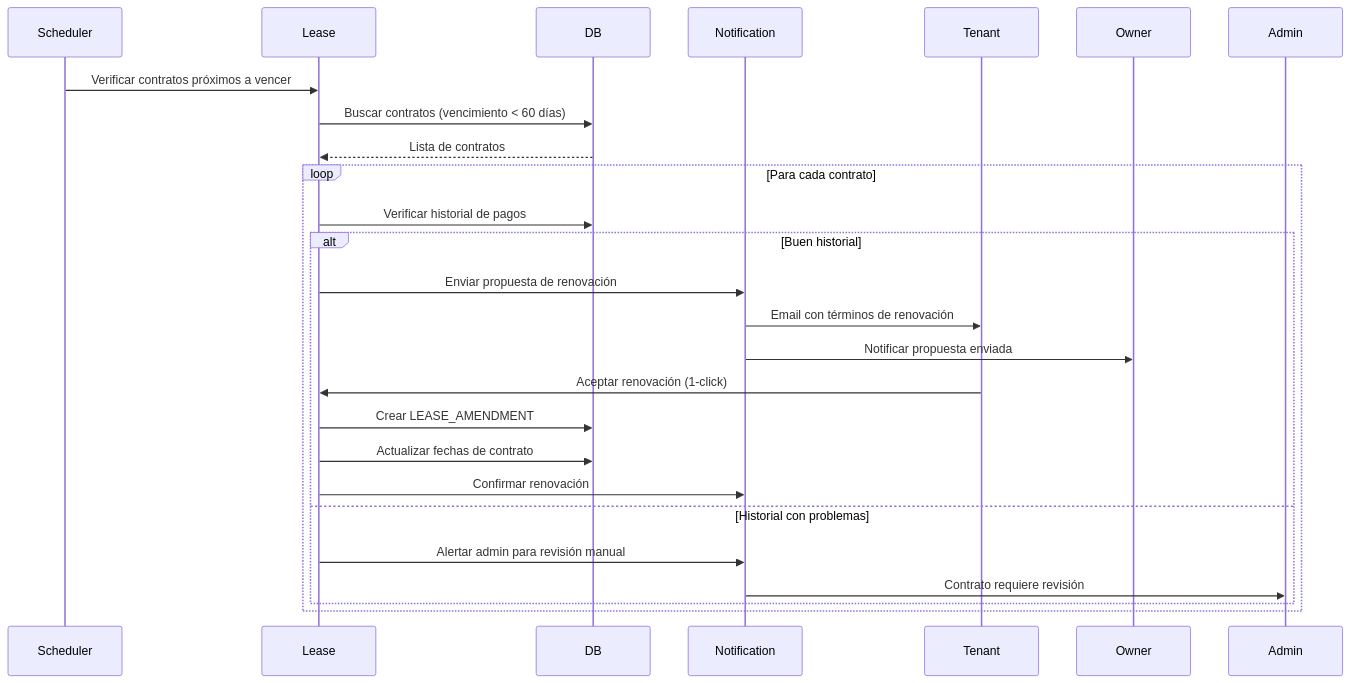
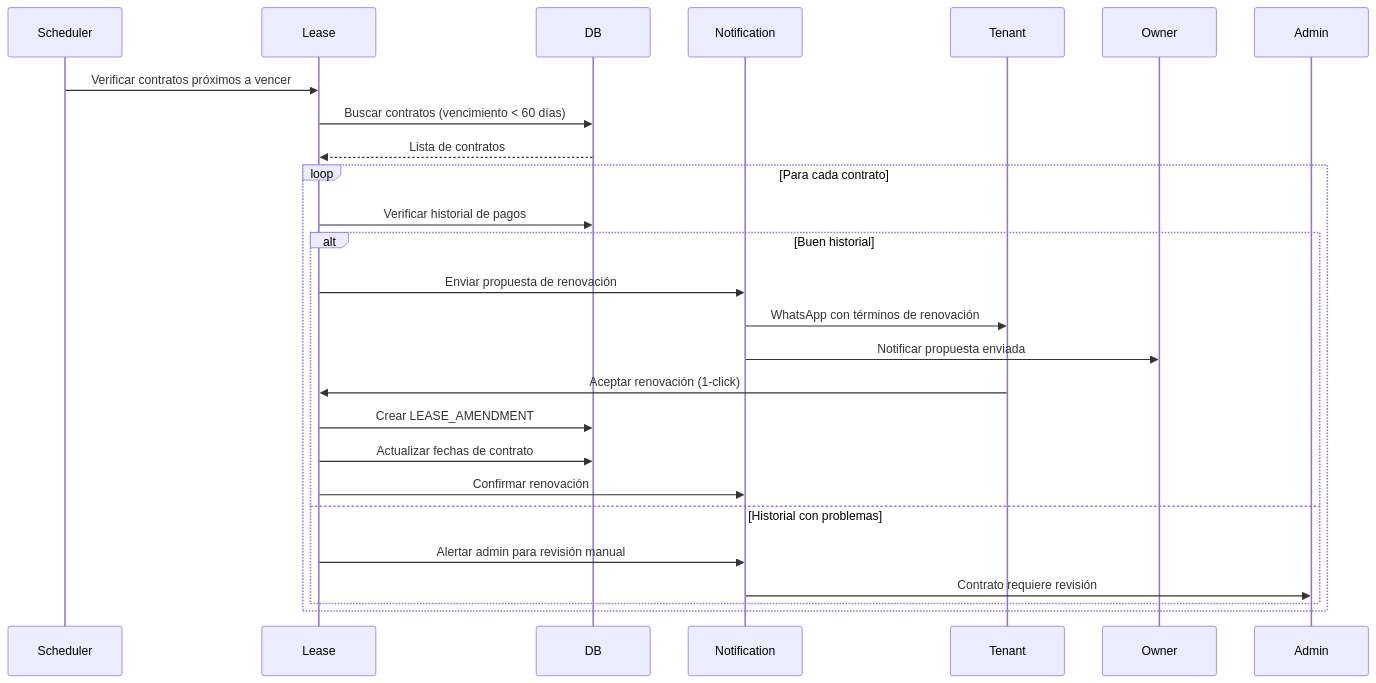
One commit to andrescastiglia/rent changed the seventh of 14 diagrams in docs/technical/sequence.md. Above: the diagram before and after it, drawn with Mermaid. The commit also changed other lines of this file and 33 other files, not shown here.

First line of the commit message:
feat: integrate WhatsApp messaging for notifications and reminders

````diff
--- a/docs/technical/sequence.md
+++ b/docs/technical/sequence.md
@@ -187,32 +187,32 @@
 ```mermaid
 sequenceDiagram
     participant Scheduler
     participant Lease
     participant DB
     participant Notification
     participant Tenant
     participant Owner
     participant Admin
 
     Scheduler->>Lease: Verificar contratos próximos a vencer
     Lease->>DB: Buscar contratos (vencimiento < 60 días)
     DB-->>Lease: Lista de contratos
     
     loop Para cada contrato
         Lease->>DB: Verificar historial de pagos
         
         alt Buen historial
             Lease->>Notification: Enviar propuesta de renovación
-            Notification->>Tenant: Email con términos de renovación
+            Notification->>Tenant: WhatsApp con términos de renovación
             Notification->>Owner: Notificar propuesta enviada
             
             Tenant->>Lease: Aceptar renovación (1-click)
             Lease->>DB: Crear LEASE_AMENDMENT
             Lease->>DB: Actualizar fechas de contrato
             Lease->>Notification: Confirmar renovación
         else Historial con problemas
             Lease->>Notification: Alertar admin para revisión manual
             Notification->>Admin: Contrato requiere revisión
         end
     end
 ```
````
